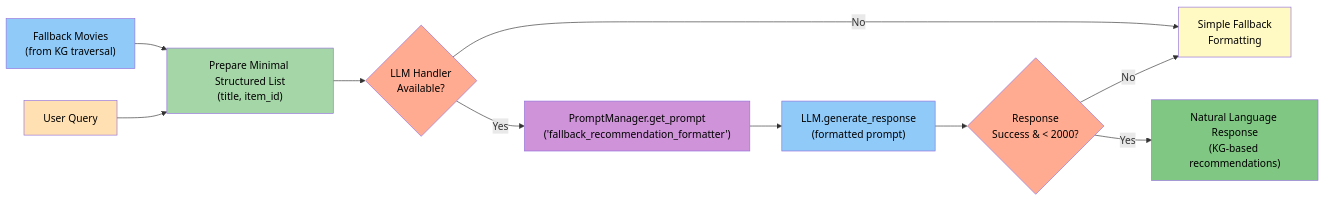
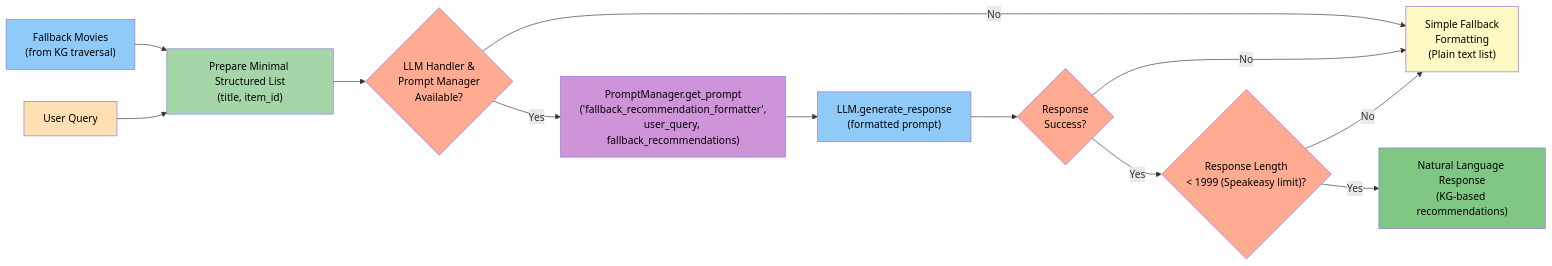
One commit to schneialexan/atai-chatbot changed the ninth of 10 diagrams in README.md. Above: the diagram before and after it, drawn with Mermaid. The commit also changed other lines of this file and 1 other file, not shown here.

Commit message:
updated graphs

````diff
--- a/README.md
+++ b/README.md
@@ -678,24 +736,27 @@
 ```mermaid
-graph LR
+flowchart LR
     A["Fallback Movies<br>(from KG traversal)"] --> B["Prepare Minimal Structured List<br>(title, item_id)"]
     C["User Query"] --> B
     
-    B --> D{"LLM Handler<br>Available?"}
-    D -- No --> E["Simple Fallback<br>Formatting"]
-    D -- Yes --> F["PromptManager.get_prompt<br>('fallback_recommendation_formatter')"]
+    B --> D{"LLM Handler &<br>Prompt Manager<br>Available?"}
+    D -- No --> E["Simple Fallback<br>Formatting<br>(Plain text list)"]
+    D -- Yes --> F["PromptManager.get_prompt<br>('fallback_recommendation_formatter',<br>user_query, fallback_recommendations)"]
     
     F --> G["LLM.generate_response<br>(formatted prompt)"]
-    G --> H{"Response<br>Success & < 2000?"}
-    H -- Yes --> I["Natural Language Response<br>(KG-based recommendations)"]
+    G --> H{"Response<br>Success?"}
     H -- No --> E
+    H -- Yes --> I{"Response Length<br>< 1999 (Speakeasy limit)?"}
+    I -- No --> E
+    I -- Yes --> J["Natural Language Response<br>(KG-based recommendations)"]
     
     style A fill:#90CAF9,color:#000000
     style C fill:#FFE0B2,color:#000000
     style B fill:#A5D6A7,color:#000000
     style D fill:#FFAB91,color:#000000
     style F fill:#CE93D8,color:#000000
     style G fill:#90CAF9,color:#000000
     style H fill:#FFAB91,color:#000000
+    style I fill:#FFAB91,color:#000000
     style E fill:#FFF9C4,color:#000000
-    style I fill:#81C784,color:#000000
+    style J fill:#81C784,color:#000000
 ```
````
